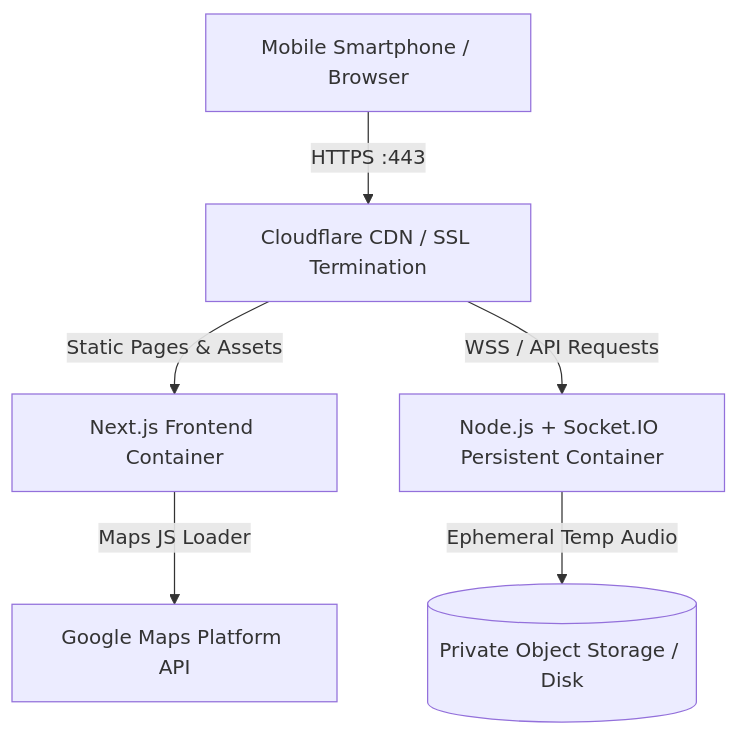
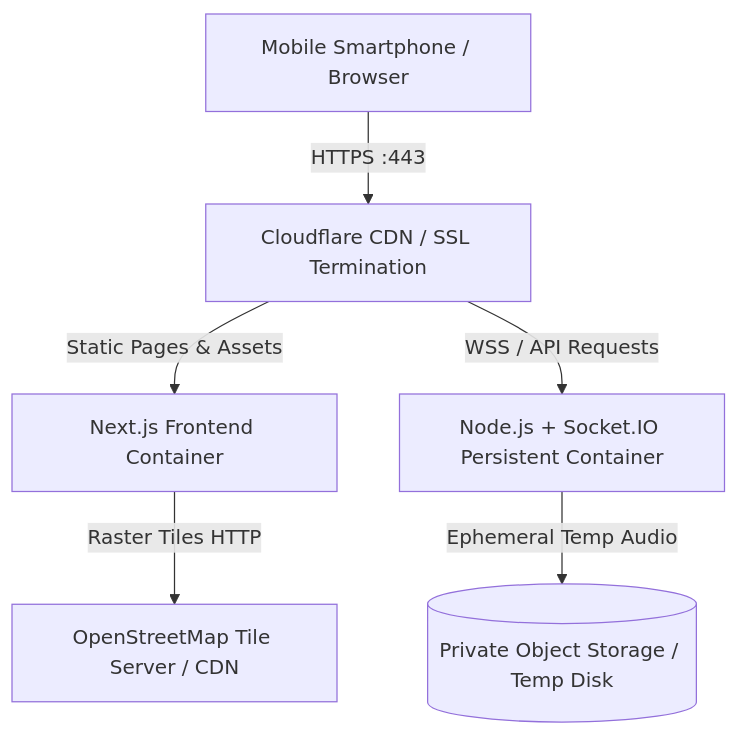
The diagram in docs/production-readiness.md (trinetradecisions/Manhunt), drawn with Mermaid before and after one commit. The commit also changed other lines of this file and 8 other files, not shown here.

Commit message:
feat: switch map system from Google Maps to Leaflet with OpenStreetMap tiles

````diff
--- a/docs/production-readiness.md
+++ b/docs/production-readiness.md
@@ -55,8 +45,8 @@
 ```mermaid
 graph TD
     UserPhone[Mobile Smartphone / Browser] -->|HTTPS :443| Cloudflare[Cloudflare CDN / SSL Termination]
     Cloudflare -->|Static Pages & Assets| NextClient[Next.js Frontend Container]
     Cloudflare -->|WSS / API Requests| NodeServer[Node.js + Socket.IO Persistent Container]
-    NextClient -->|Maps JS Loader| GoogleMaps[Google Maps Platform API]
-    NodeServer -->|Ephemeral Temp Audio| AudioStorage[(Private Object Storage / Disk)]
+    NextClient -->|Raster Tiles HTTP| OSM[OpenStreetMap Tile Server / CDN]
+    NodeServer -->|Ephemeral Temp Audio| AudioStorage[(Private Object Storage / Temp Disk)]
 ```
````
